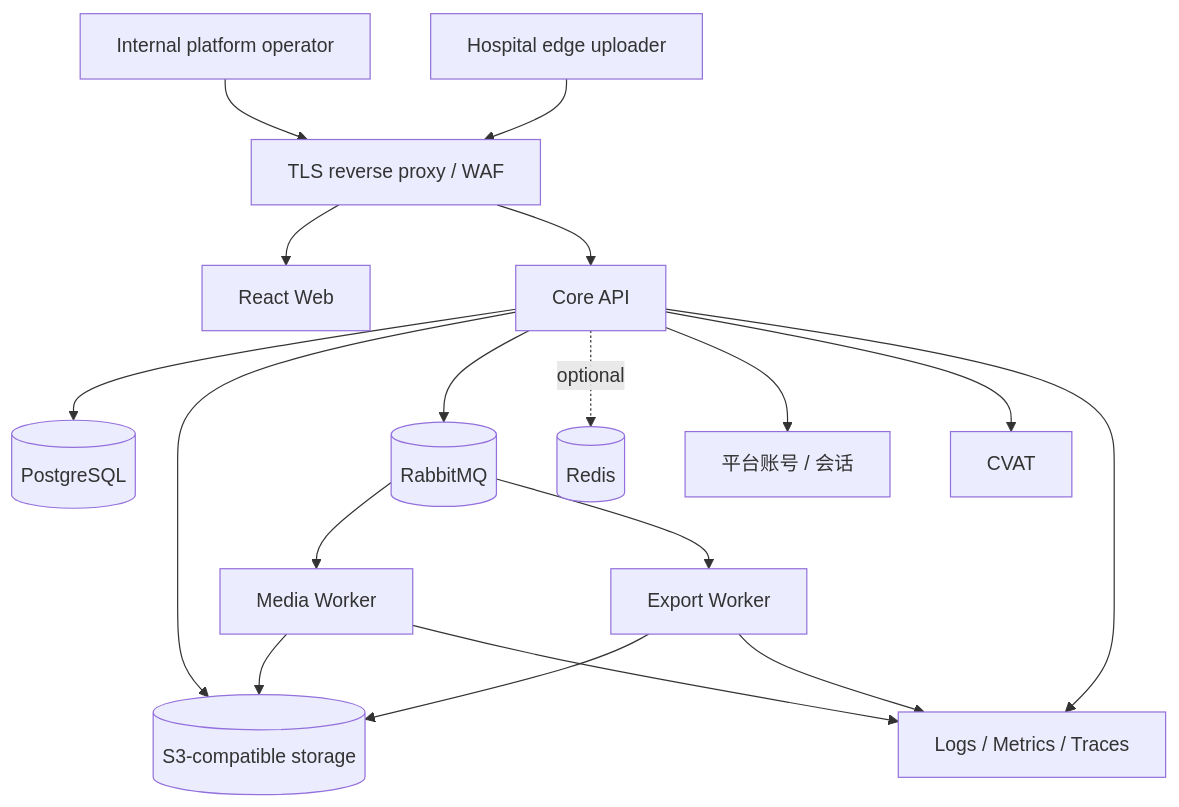
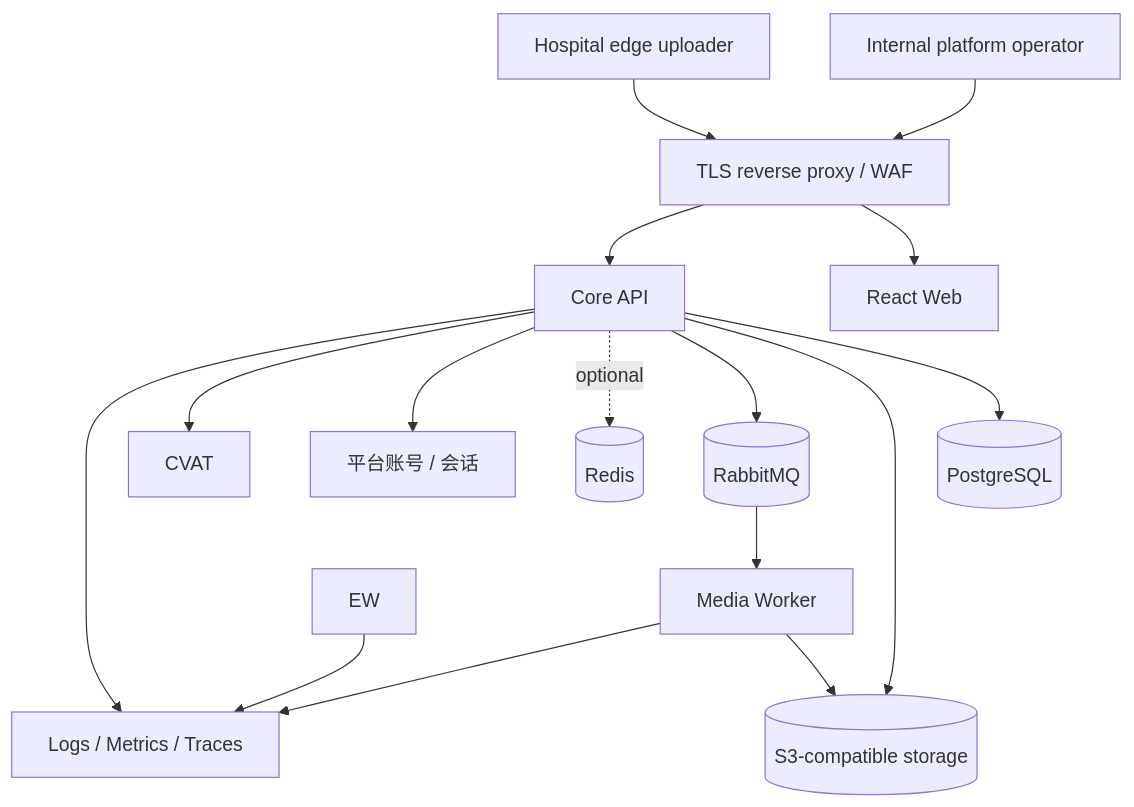
The diagram in docs/architecture/deployment-capacity-and-dr.md (Soberis/medication-video-platform), drawn with Mermaid before and after one commit. The commit also changed other lines of this file and 44 other files, not shown here.

````diff
--- a/docs/architecture/deployment-capacity-and-dr.md
+++ b/docs/architecture/deployment-capacity-and-dr.md
@@ -68,20 +68,18 @@
 ```mermaid
 flowchart TB
     U["Internal platform operator"] --> RP["TLS reverse proxy / WAF"]
     E["Hospital edge uploader"] --> RP
     RP --> WEB["React Web"]
     RP --> API["Core API"]
     API --> PG[(PostgreSQL)]
     API --> S3[(S3-compatible storage)]
     API --> MQ[(RabbitMQ)]
     API -. optional .-> REDIS[(Redis)]
     API --> ACCOUNT["平台账号 / 会话"]
     API --> CVAT["CVAT"]
     MQ --> MW["Media Worker"]
-    MQ --> EW["Export Worker"]
     MW --> S3
-    EW --> S3
     API --> OBS["Logs / Metrics / Traces"]
     MW --> OBS
     EW --> OBS
 ```
````
